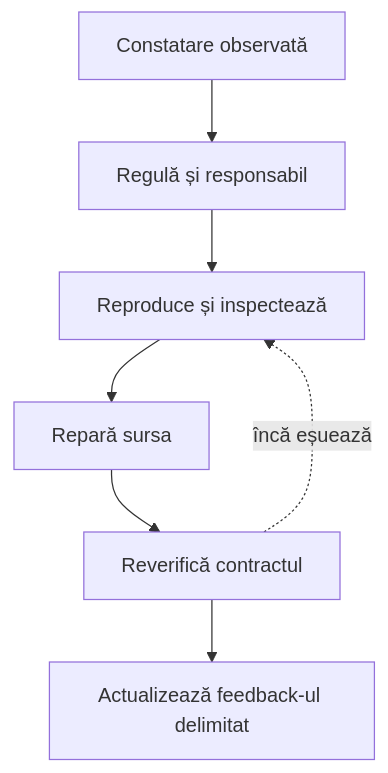
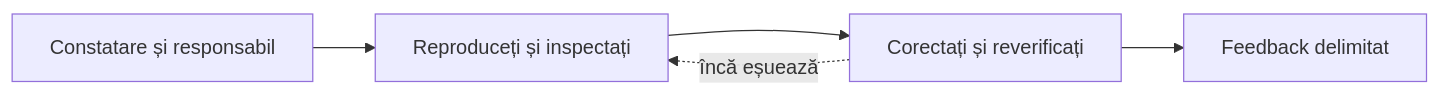
One commit to crististefanita/ATF_AI changed the diagram in docs/governance/Failure_Diagnostics.md. Above: the diagram before and after it, drawn with Mermaid. The commit also changed other lines of this file and 111 other files, not shown here.

````diff
--- a/docs/governance/Failure_Diagnostics.md
+++ b/docs/governance/Failure_Diagnostics.md
@@ -18,9 +18,7 @@
 ```mermaid
-flowchart TB
-    Finding["Constatare observată"] --> Owner["Regulă și responsabil"]
-    Owner --> Cause["Reproduce și inspectează"]
-    Cause --> Repair["Repară sursa"]
-    Repair --> Recheck["Reverifică contractul"]
-    Recheck --> Feedback["Actualizează feedback-ul delimitat"]
-    Recheck -. încă eșuează .-> Cause
+flowchart LR
+    Finding["Constatare și responsabil"] --> Cause["Reproduceți și inspectați"]
+    Cause --> Repair["Corectați și reverificați"]
+    Repair --> Feedback["Feedback delimitat"]
+    Repair -. încă eșuează .-> Cause
 ```
````
